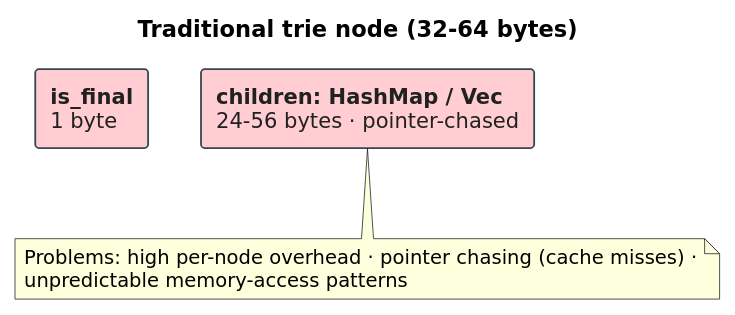
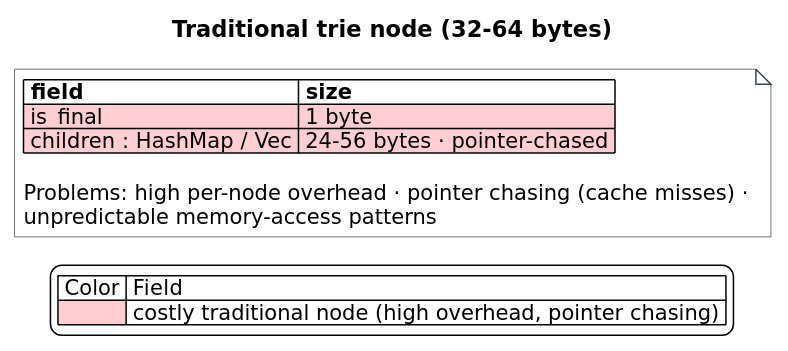
One commit to vinary-tree/libdictenstein changed the diagram in docs/diagrams/src/dat-traditional-node.puml. Above: the diagram before and after it, drawn with PlantUML. The commit also changed 80 other files, not shown here.

First line of the commit message:
docs: diagram contiguity/swatch overhaul + persistence-doc correctness review

```diff
--- a/docs/diagrams/src/dat-traditional-node.puml
+++ b/docs/diagrams/src/dat-traditional-node.puml
@@ -1,30 +1,36 @@
 @startuml dat-traditional-node
 ' ============================================================================
 ' dat-traditional-node.puml — the pointer-based trie node DAT replaces.
 ' Replaces the ASCII node record in docs/algorithms/implementations/double-array-trie.md.
-' Color key:  red = the costly traditional node (high overhead, pointer chasing).
+' Drawn as a CONTIGUOUS colored field table (field + size columns) hosted in a
+' floating note; rows share borders (no gaps). Full-cell color via Creole |<#hex>|
+' cells. The overhead problems are preserved as a text block below the table.
+' Color key:  red #FFCDD2  the costly traditional node (high overhead, pointer chasing)
 ' ============================================================================
 skinparam defaultFontSize 14
 skinparam shadowing false
 skinparam backgroundColor #FFFFFF
 skinparam defaultFontName "DejaVu Sans"
-skinparam ArrowColor #37474F
-skinparam rectangle {
+skinparam TitleFontSize 15
+skinparam noteFontSize 14
+skinparam note {
+  BackgroundColor #FFFFFF
   BorderColor #37474F
-  FontColor #212121
-  BorderThickness 1.2
 }
-skinparam noteFontSize 13
-skinparam TitleFontSize 15
 
 title Traditional trie node (32–64 bytes)
 
-rectangle "**is_final**\n1 byte" as F #FFCDD2
-rectangle "**children: HashMap / Vec**\n24–56 bytes · pointer-chased" as C #FFCDD2
-F -[hidden]right- C
+note as TR
+|= field |= size |
+|<#FFCDD2> is_final |<#FFCDD2> 1 byte |
+|<#FFCDD2> children : HashMap / Vec |<#FFCDD2> 24–56 bytes · pointer-chased |
 
-note bottom
-  Problems: high per-node overhead · pointer chasing (cache misses) ·
-  unpredictable memory-access patterns
+Problems: high per-node overhead · pointer chasing (cache misses) ·
+unpredictable memory-access patterns
 end note
+
+legend bottom
+| Color | Field |
+|<#FFCDD2>| costly traditional node (high overhead, pointer chasing) |
+endlegend
 @enduml
```
